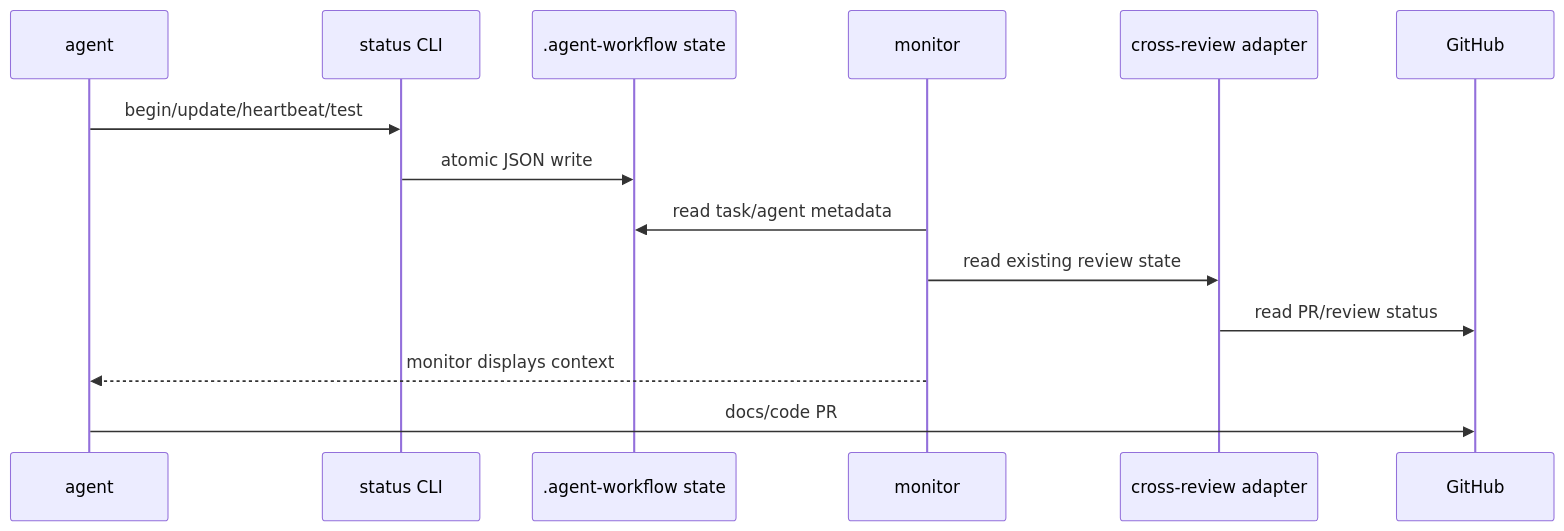
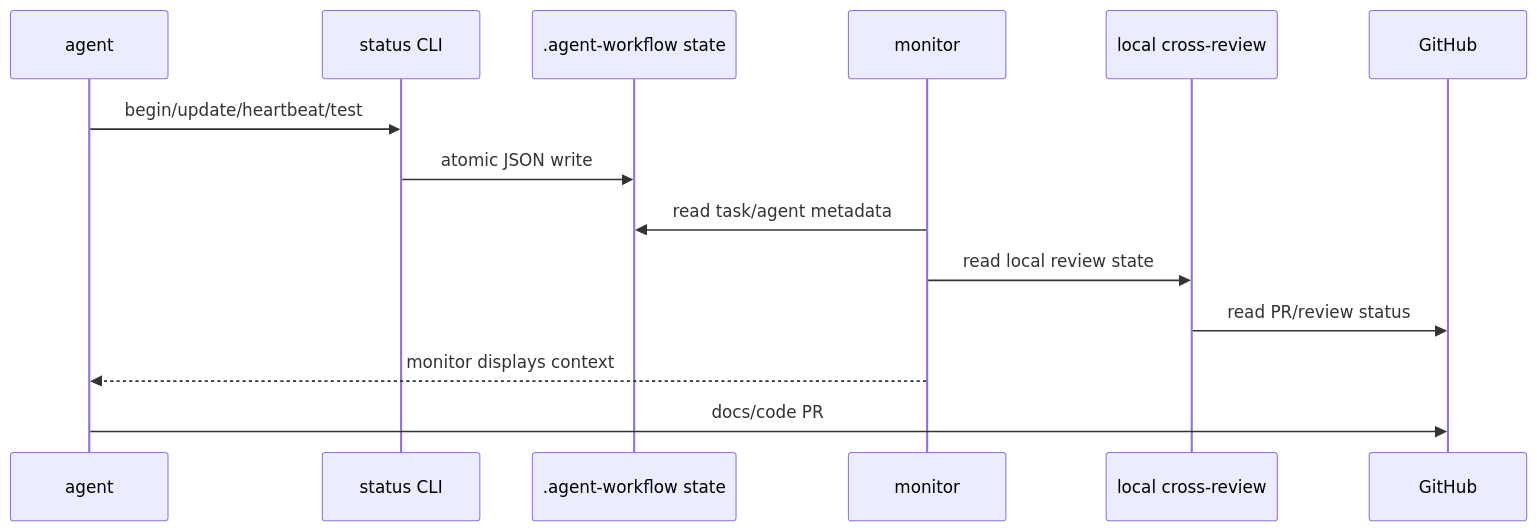
Before and after one commit to aidabo/agent-workflow: the second of 2 diagrams in docs/architecture.md, drawn with Mermaid. The commit also changed other lines of this file and 4 other files, not shown here.

````diff
--- a/docs/architecture.md
+++ b/docs/architecture.md
@@ -68,17 +68,17 @@
 ```mermaid
 sequenceDiagram
   participant A as agent
   participant S as status CLI
   participant FS as .agent-workflow state
   participant M as monitor
-  participant X as cross-review adapter
+  participant X as local cross-review
   participant G as GitHub
 
   A->>S: begin/update/heartbeat/test
   S->>FS: atomic JSON write
   M->>FS: read task/agent metadata
-  M->>X: read existing review state
+  M->>X: read local review state
   X->>G: read PR/review status
   M-->>A: monitor displays context
   A->>G: docs/code PR
 ```
````
